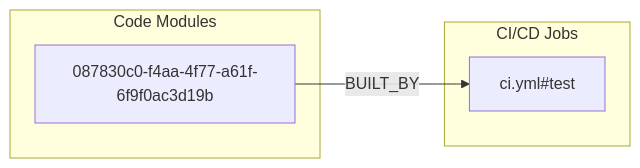
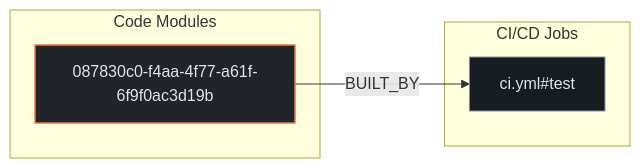
The second of 3 diagrams in exports/latest/reports/plausible-ecto_ch-report.md (kumarshaz/atruss-code-atlas), drawn with Mermaid before and after one commit. The commit also changed other lines of this file and 331 other files, not shown here.

Commit message:
docs,ui,fix: update SDLC docs, reorder CI/CD DAG first, stylize Mermaid, and fix Arc42 pipeline topology

````diff
--- a/exports/latest/reports/plausible-ecto_ch-report.md
+++ b/exports/latest/reports/plausible-ecto_ch-report.md
@@ -153,10 +160,14 @@
 ```mermaid
 flowchart LR
+    classDef atlasCategory fill:#212428,stroke:#E87A48,stroke-width:1.5px,color:#dfe3eb
+    classDef atlasWorkflow fill:#1b2026,stroke:#a3c9ff,stroke-width:1.5px,color:#dfe3eb
+    classDef atlasJob fill:#171c22,stroke:#8d9199,stroke-width:1px,color:#dfe3eb
+    classDef atlasTarget fill:#005227,stroke:#8bd99b,stroke-width:1.5px,color:#a7f6b6
     subgraph code_modules["Code Modules"]
-        mod_087830c0_f4aa_4f77_a61f_6f9f0ac3d19b["087830c0-f4aa-4f77-a61f-6f9f0ac3d19b"]
+        mod_087830c0_f4aa_4f77_a61f_6f9f0ac3d19b["087830c0-f4aa-4f77-a61f-6f9f0ac3d19b"]:::atlasCategory
     end
     subgraph ci_jobs["CI/CD Jobs"]
-        job_ci_yml_test["ci.yml#test"]
+        job_ci_yml_test["ci.yml#test"]:::atlasJob
     end
     mod_087830c0_f4aa_4f77_a61f_6f9f0ac3d19b -->|BUILT_BY| job_ci_yml_test
 ```
````
